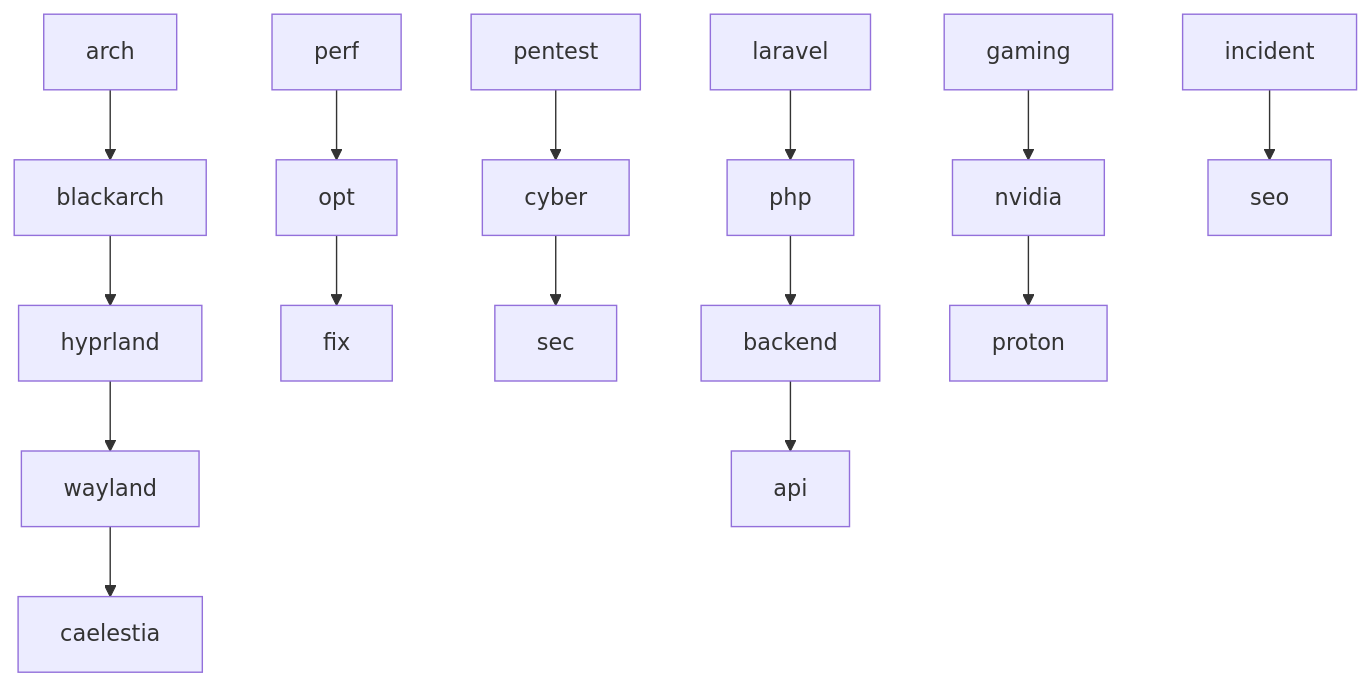
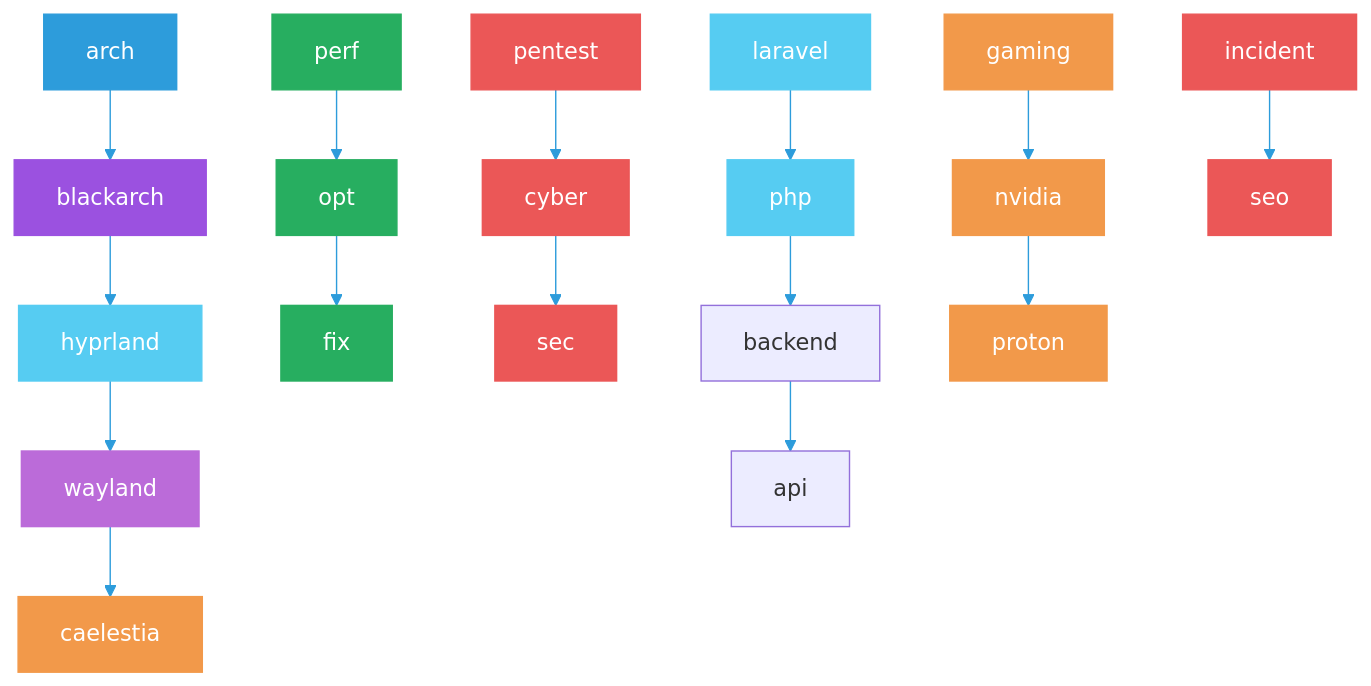
Before and after one commit to 444Nazky/My-Vault: the sixth of 9 diagrams in Graphs/Vault-Overview.md, drawn with Mermaid. The commit also changed other lines of this file and 15 other files, not shown here.

````diff
--- a/Graphs/Vault-Overview.md
+++ b/Graphs/Vault-Overview.md
@@ -89,17 +130,36 @@
 ```mermaid
+%%{init: {'theme': 'default', 'themeVariables': { 'primaryColor': '#2D9CDB', 'lineColor': '#2D9CDB'}}}%%
 graph TD
  ARCH["arch"] --> BLACK["blackarch"]
  BLACK --> HYP["hyprland"]
  HYP --> WAY["wayland"]
  WAY --> CAE["caelestia"]
  PERF["perf"] --> OPT["opt"]
  OPT --> FIXG["fix"]
  PENT["pentest"] --> CYB2["cyber"]
  CYB2 --> SEC["sec"]
  LAR["laravel"] --> PHP["php"]
  PHP --> BACK["backend"]
  BACK --> API2["api"]
  GAME2["gaming"] --> NV2["nvidia"]
  NV2 --> PROTON["proton"]
  IR2["incident"] --> SEO2["seo"]
+ style ARCH fill:#2D9CDB,stroke:#2D9CDB,color:#fff
+ style BLACK fill:#9B51E0,stroke:#9B51E0,color:#fff
+ style HYP fill:#56CCF2,stroke:#56CCF2,color:#fff
+ style WAY fill:#BB6BD9,stroke:#BB6BD9,color:#fff
+ style CAE fill:#F2994A,stroke:#F2994A,color:#fff
+ style PERF fill:#27AE60,stroke:#27AE60,color:#fff
+ style OPT fill:#27AE60,stroke:#27AE60,color:#fff
+ style FIXG fill:#27AE60,stroke:#27AE60,color:#fff
+ style PENT fill:#EB5757,stroke:#EB5757,color:#fff
+ style CYB2 fill:#EB5757,stroke:#EB5757,color:#fff
+ style SEC fill:#EB5757,stroke:#EB5757,color:#fff
+ style LAR fill:#56CCF2,stroke:#56CCF2,color:#fff
+ style PHP fill:#56CCF2,stroke:#56CCF2,color:#fff
+ style GAME2 fill:#F2994A,stroke:#F2994A,color:#fff
+ style NV2 fill:#F2994A,stroke:#F2994A,color:#fff
+ style PROTON fill:#F2994A,stroke:#F2994A,color:#fff
+ style IR2 fill:#EB5757,stroke:#EB5757,color:#fff
+ style SEO2 fill:#EB5757,stroke:#EB5757,color:#fff
 ```
````
